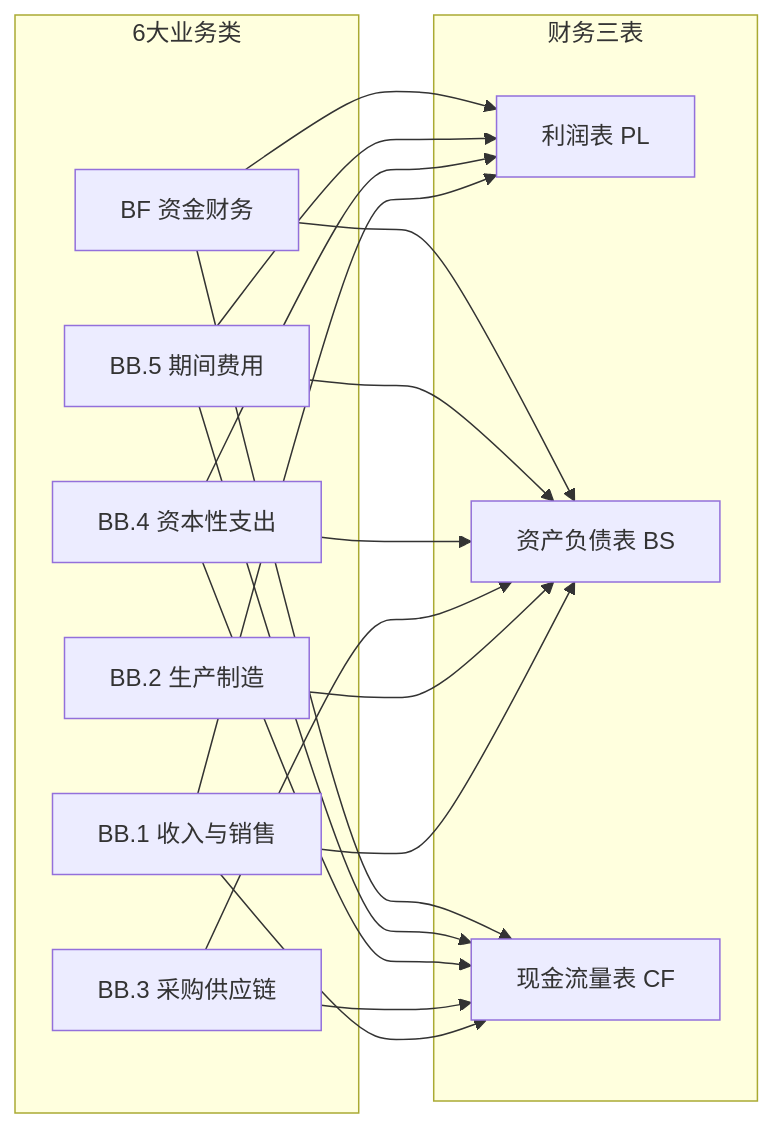
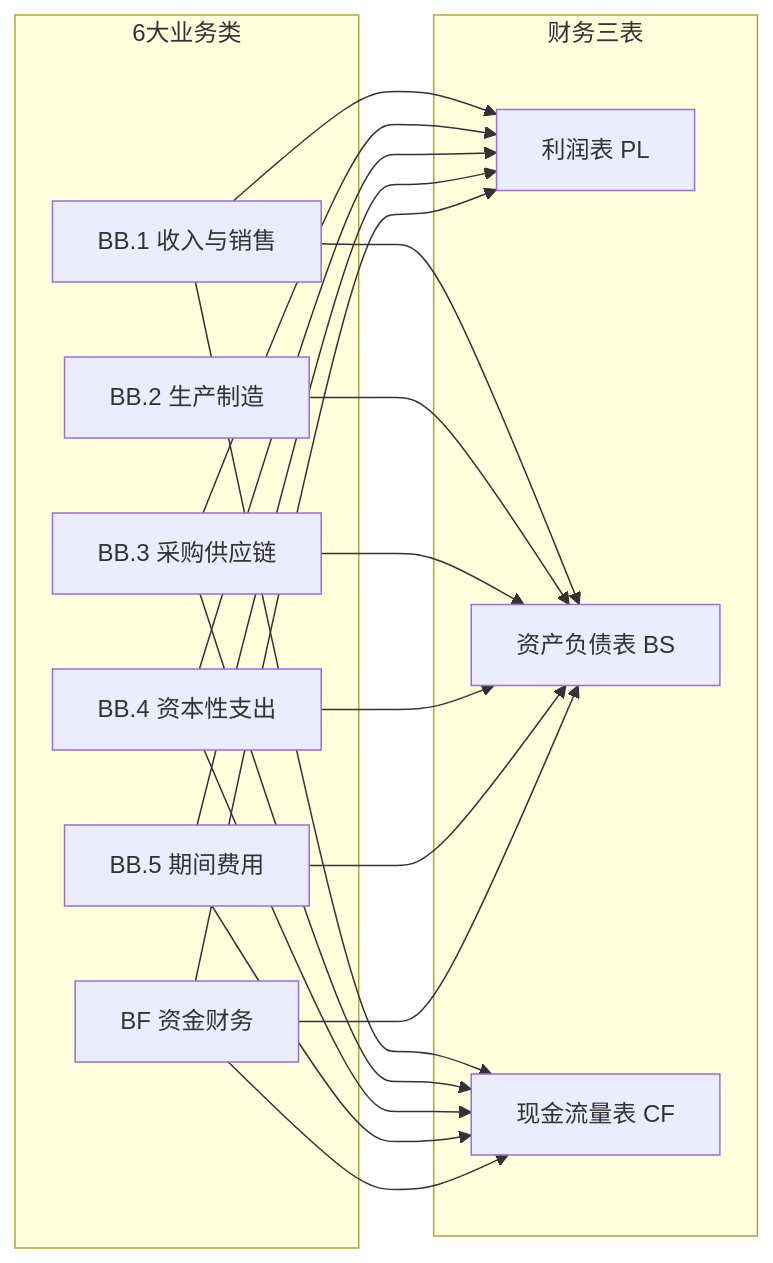
The third of 5 diagrams in docs/formdocs-a1/A1.3.md (modelyi/budgetmd), drawn with Mermaid before and after one commit. The commit also changed other lines of this file and 69 other files, not shown here.

````diff
--- a/docs/formdocs-a1/A1.3.md
+++ b/docs/formdocs-a1/A1.3.md
@@ -315,31 +315,32 @@
 ```mermaid
 flowchart LR
   subgraph sg0["6大业务类"]
     n0["BB.1 收入与销售"]
     n1["BB.2 生产制造"]
     n2["BB.3 采购供应链"]
     n3["BB.4 资本性支出"]
     n4["BB.5 期间费用"]
     n5["BF 资金财务"]
   end
   subgraph sg1["财务三表"]
     n6["利润表 PL"]
     n7["资产负债表 BS"]
     n8["现金流量表 CF"]
   end
   n0 --> n6
   n0 --> n7
   n0 --> n8
   n1 --> n7
   n2 --> n7
   n2 --> n8
+  n2 --> n6
   n3 --> n7
   n3 --> n8
   n3 --> n6
   n4 --> n6
   n4 --> n7
   n4 --> n8
   n5 --> n7
   n5 --> n8
   n5 --> n6
 ```
````
